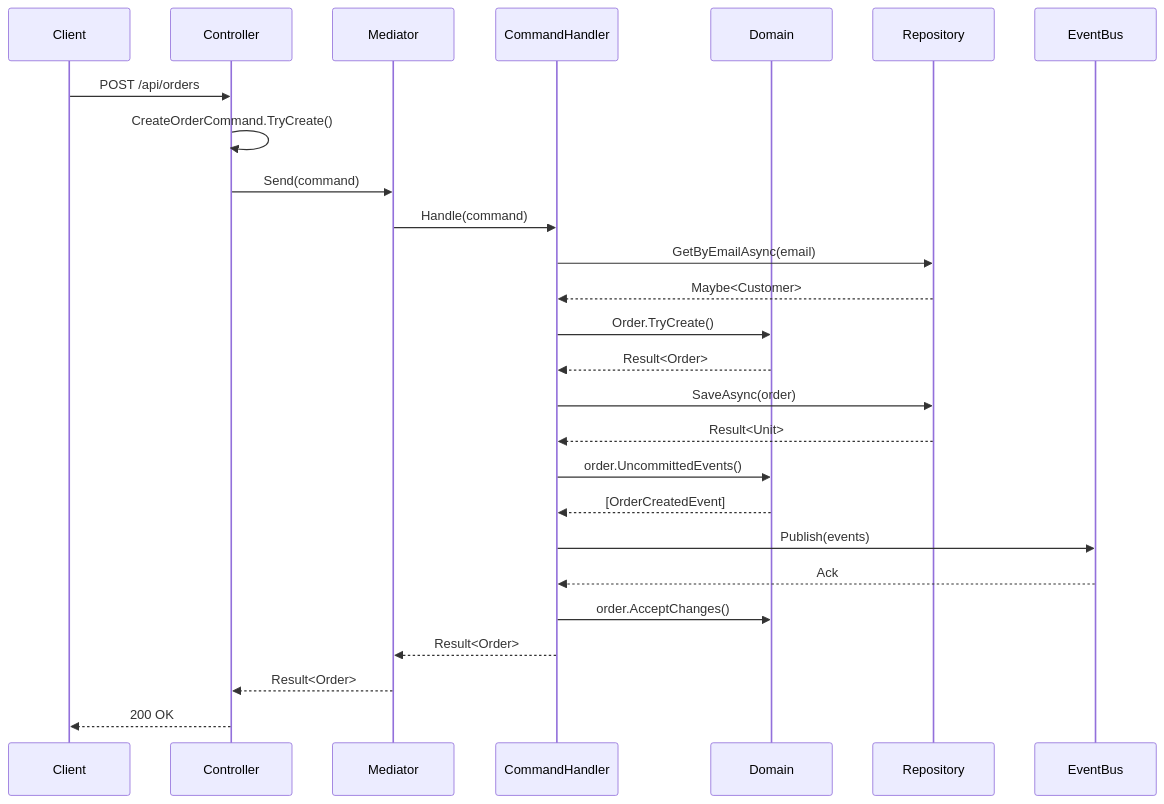
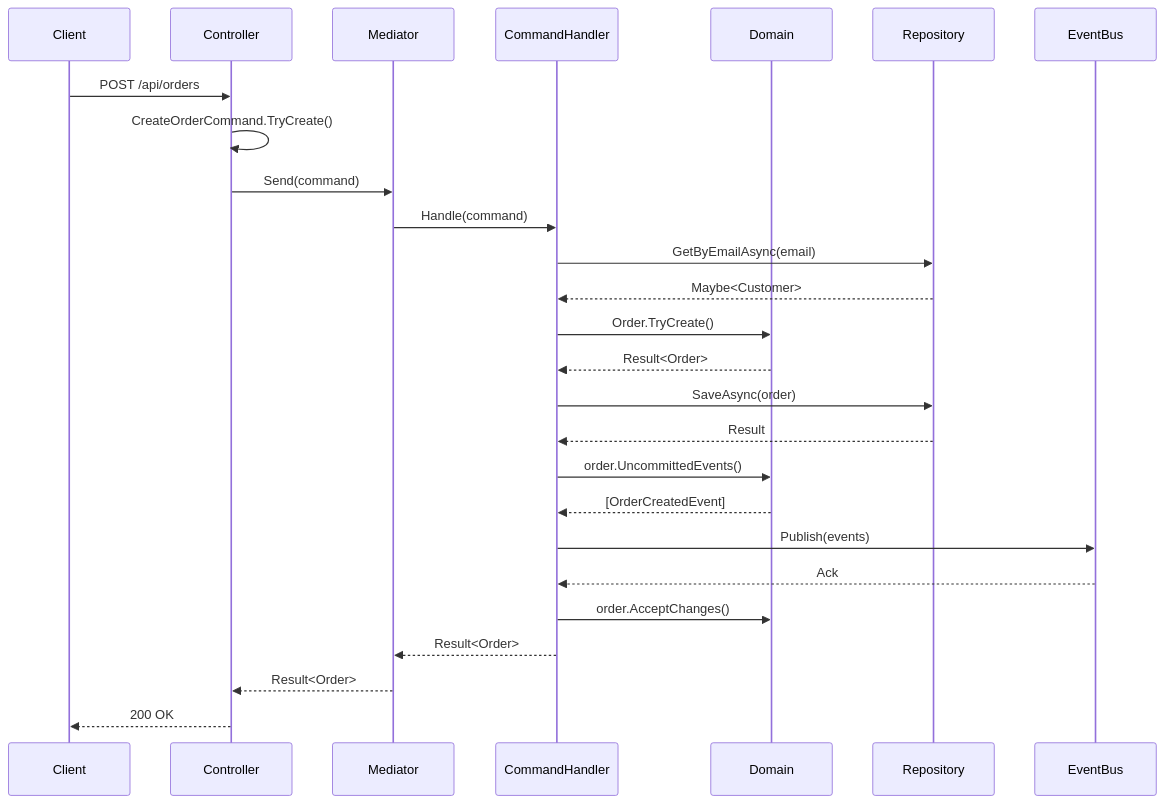
One commit to xavierjohn/Trellis changed diagram 17 of 18 in docs/DIAGRAMS.md. Above: the diagram before and after it, drawn with Mermaid. The commit also changed other lines of this file and 401 other files, not shown here.

````diff
--- a/docs/DIAGRAMS.md
+++ b/docs/DIAGRAMS.md
@@ -676,36 +676,36 @@
 ```mermaid
 sequenceDiagram
     participant Client
     participant Controller
     participant Mediator
     participant CommandHandler
     participant Domain
     participant Repository
     participant EventBus
     
     Client->>Controller: POST /api/orders
     Controller->>Controller: CreateOrderCommand.TryCreate()
     Controller->>Mediator: Send(command)
     Mediator->>CommandHandler: Handle(command)
     
     CommandHandler->>Repository: GetByEmailAsync(email)
     Repository-->>CommandHandler: Maybe<Customer>
     
     CommandHandler->>Domain: Order.TryCreate()
     Domain-->>CommandHandler: Result<Order>
     
     CommandHandler->>Repository: SaveAsync(order)
-    Repository-->>CommandHandler: Result<Unit>
+    Repository-->>CommandHandler: Result
     
     CommandHandler->>Domain: order.UncommittedEvents()
     Domain-->>CommandHandler: [OrderCreatedEvent]
     
     CommandHandler->>EventBus: Publish(events)
     EventBus-->>CommandHandler: Ack
     
     CommandHandler->>Domain: order.AcceptChanges()
     
     CommandHandler-->>Mediator: Result<Order>
     Mediator-->>Controller: Result<Order>
     Controller-->>Client: 200 OK
 ```
````
